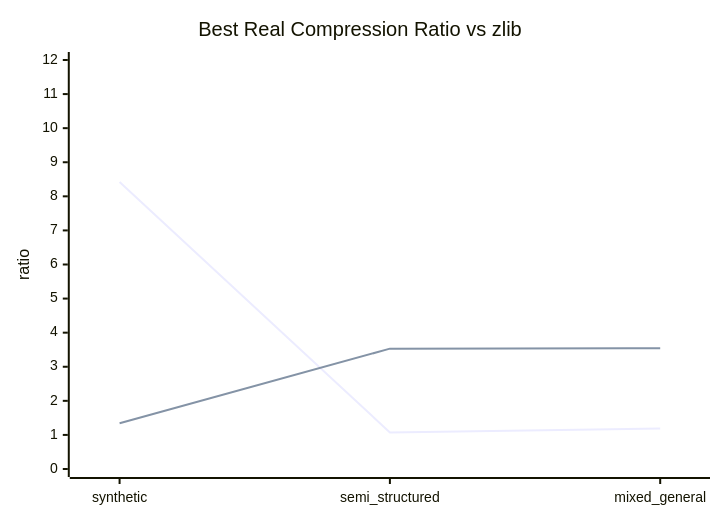
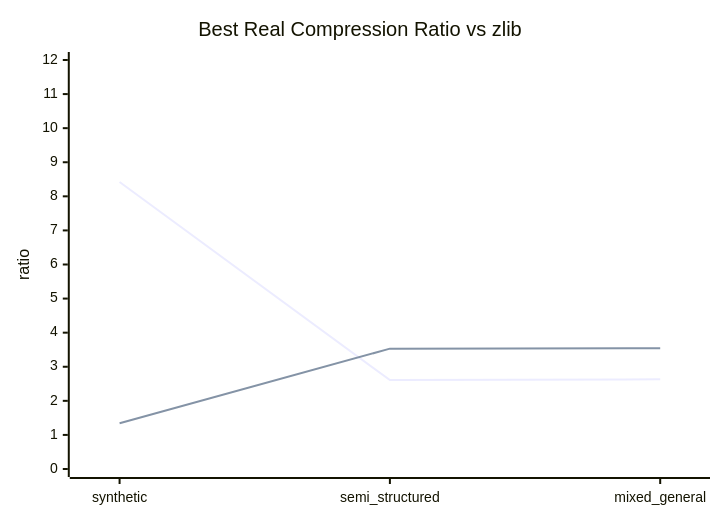
Before and after one commit to scruff2/Cube_Compression: the third of 4 diagrams in README.md, drawn with Mermaid. The commit also changed other lines of this file and 24 other files, not shown here.

````diff
--- a/README.md
+++ b/README.md
@@ -194,8 +194,8 @@
 ```mermaid
 xychart-beta
     title "Best Real Compression Ratio vs zlib"
     x-axis [synthetic, semi_structured, mixed_general]
     y-axis "ratio" 0 --> 12
-    line [8.4211, 1.0731, 1.1874]
+    line [8.4211, 2.6082, 2.6322]
     line [1.3445, 3.5308, 3.5454]
 ```
````
